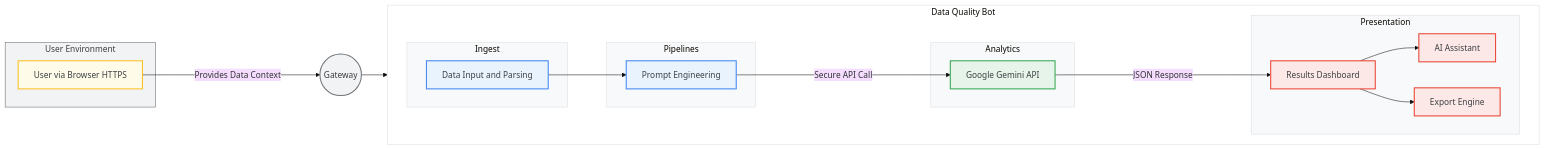
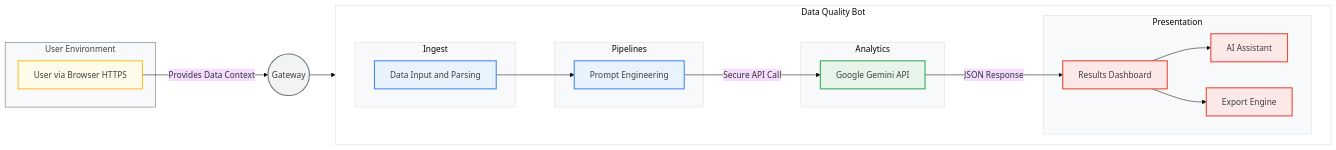
One commit to chtsalvishal/DQ_Gen_AI_Bot changed the first of 2 diagrams in README.md. Above: the diagram before and after it, drawn with Mermaid (base theme). The commit also changed other lines of this file, not shown here.

First line of the commit message:
docs: Update README diagram styles

````diff
--- a/README.md
+++ b/README.md
@@ -20,48 +20,48 @@
 ```mermaid
 graph LR
     subgraph userenv [User Environment]
         A[User via Browser HTTPS]:::userNode
     end
 
     B((Gateway)):::gatewayNode
     
-    A -- Provides Data Context ----> B
+    A -- Provides Data Context --> B
 
     subgraph botlogic [Data Quality Bot]
         direction LR
         subgraph ingest [Ingest]
             C[Data Input and Parsing]:::processNode
         end
         subgraph pipelines [Pipelines]
             D[Prompt Engineering]:::processNode
         end
         subgraph analytics [Analytics]
             E[Google Gemini API]:::apiNode
         end
         subgraph presentation [Presentation]
             F[Results Dashboard]:::outputNode
             G[AI Assistant]:::outputNode
             H[Export Engine]:::outputNode
         end
     end
 
     B --> C
     C --> D
-    D -- Secure API Call ----> E
-    E -- JSON Response ----> F
+    D -- Secure API Call --> E
+    E -- JSON Response --> F
     F --> G
     F --> H
     
-    style userenv fill:#F1F3F4,stroke:#5F6368,color:#3C4043
+    style userenv fill:#F8F9FA,stroke:#5F6368,color:#3C4043
     style botlogic fill:#FFFFFF,stroke:#DADCE0
     style ingest fill:#F8F9FA,stroke:#DADCE0
     style pipelines fill:#F8F9FA,stroke:#DADCE0
     style analytics fill:#F8F9FA,stroke:#DADCE0
     style presentation fill:#F8F9FA,stroke:#DADCE0
 
     classDef userNode fill:#FEFCE8,stroke:#FBBF24,stroke-width:2px,color:#3C4043
     classDef gatewayNode fill:#F1F3F4,stroke:#70757A,stroke-width:2px,color:#3C4043
     classDef processNode fill:#E9F3FD,stroke:#4285F4,stroke-width:2px,color:#3C4043
     classDef apiNode fill:#E6F4EA,stroke:#34A853,stroke-width:2px,color:#3C4043
     classDef outputNode fill:#FCE8E6,stroke:#EA4335,stroke-width:2px,color:#3C4043
 ```
````
